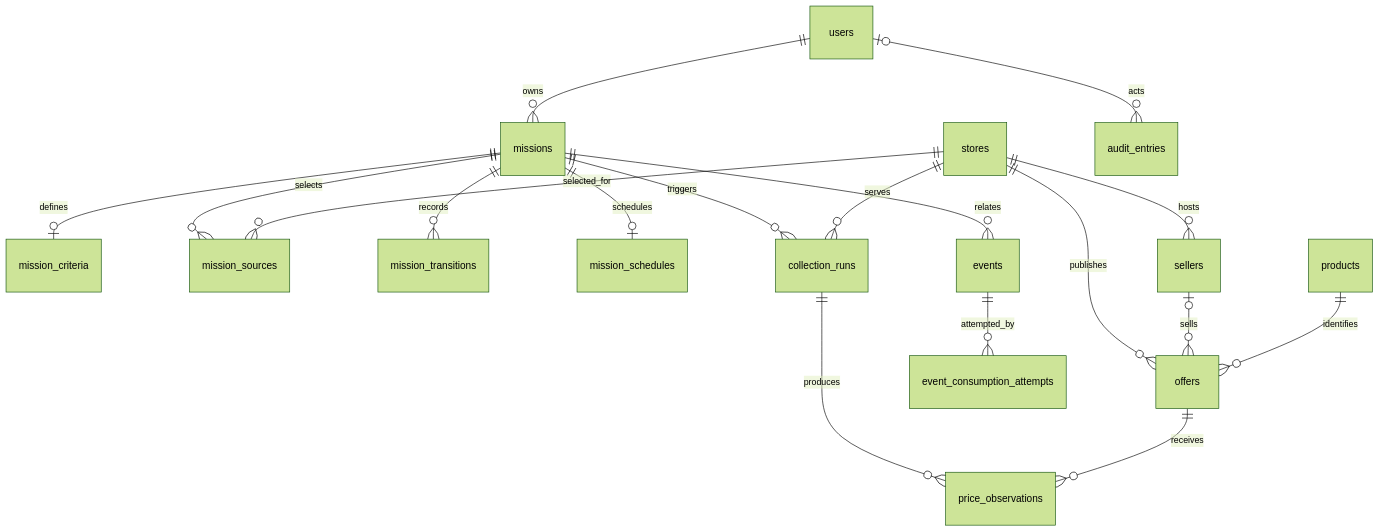
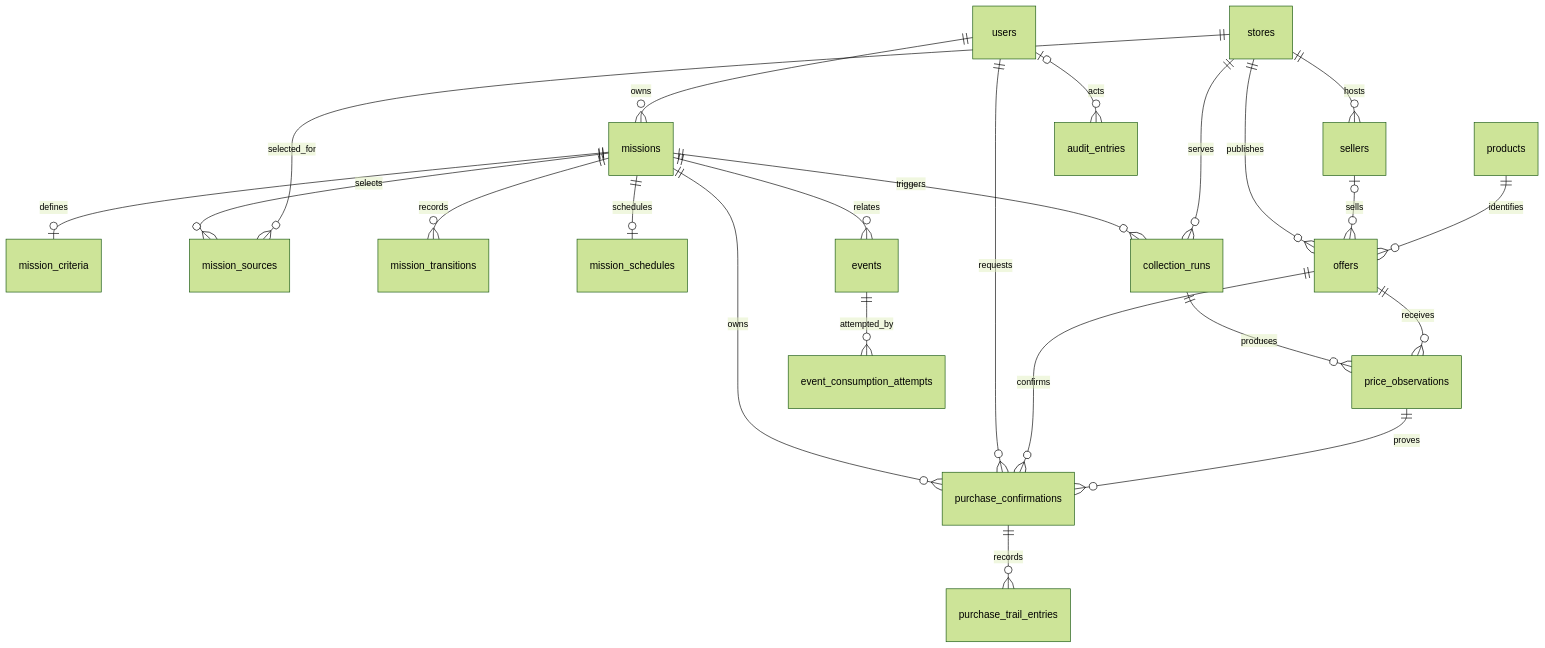
One commit to jhonnatancesar/AIShoppingAgent changed the diagram in docs/DATABASE.md. Above: the diagram before and after it, drawn with Mermaid (forest theme). The commit also changed other lines of this file and 23 other files, not shown here.

Commit message:
feat(purchase): persist confirmation trail

````diff
--- a/docs/DATABASE.md
+++ b/docs/DATABASE.md
@@ -18,20 +18,25 @@
 ```mermaid
 erDiagram
     users ||--o{ missions : owns
     missions ||--o| mission_criteria : defines
     missions ||--o{ mission_sources : selects
     stores ||--o{ mission_sources : selected_for
     missions ||--o{ mission_transitions : records
     missions ||--o| mission_schedules : schedules
     missions ||--o{ collection_runs : triggers
     stores ||--o{ offers : publishes
     stores ||--o{ sellers : hosts
     sellers o|--o{ offers : sells
     products ||--o{ offers : identifies
     collection_runs ||--o{ price_observations : produces
     offers ||--o{ price_observations : receives
+    missions ||--o{ purchase_confirmations : owns
+    users ||--o{ purchase_confirmations : requests
+    offers ||--o{ purchase_confirmations : confirms
+    price_observations ||--o{ purchase_confirmations : proves
+    purchase_confirmations ||--o{ purchase_trail_entries : records
     missions ||--o{ events : relates
     events ||--o{ event_consumption_attempts : attempted_by
     stores ||--o{ collection_runs : serves
     users o|--o{ audit_entries : acts
 ```
````
